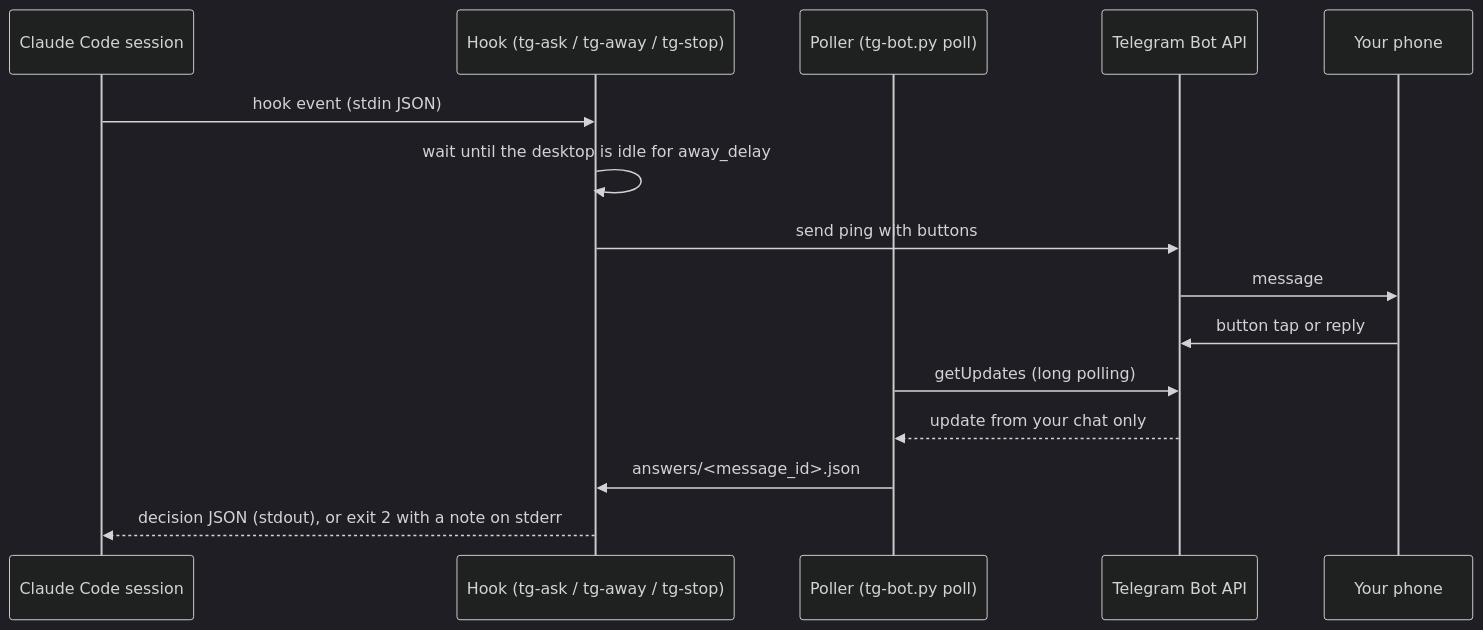
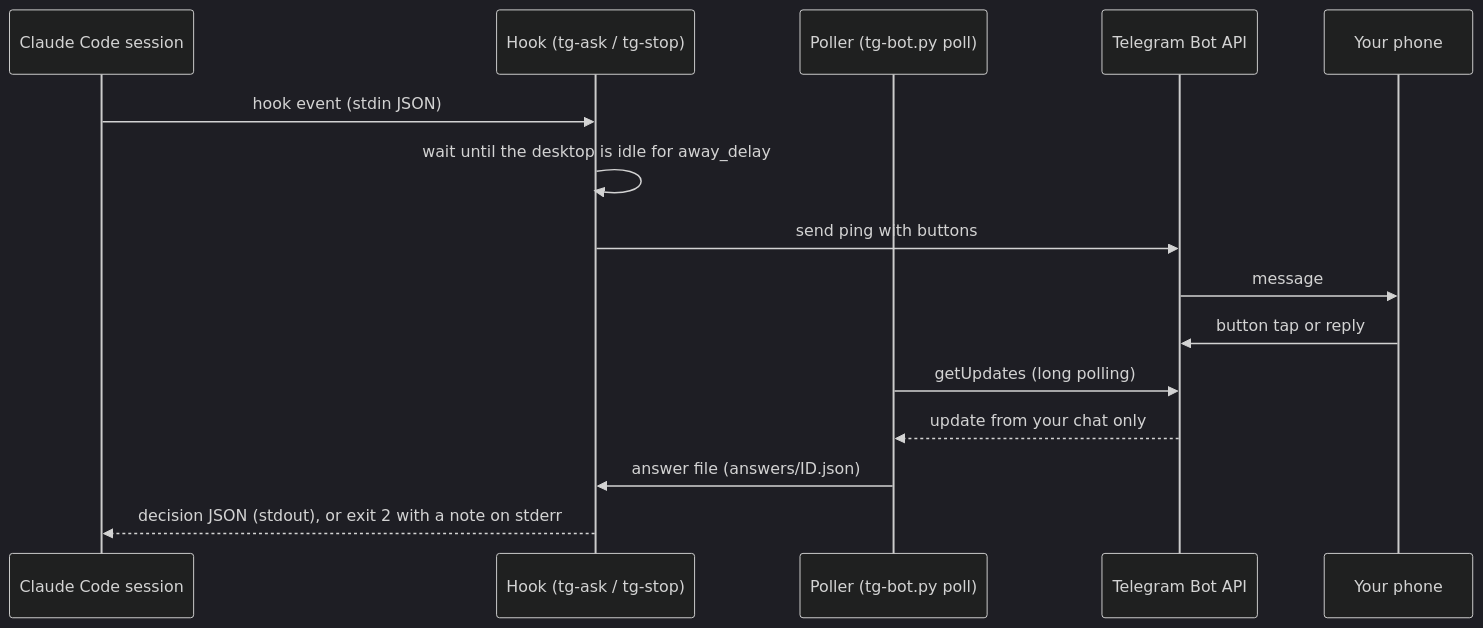
Before and after one commit to hlebtkachenko/claude-telegram-hook: the diagram in README.md, drawn with Mermaid (dark theme). The commit also changed other lines of this file, not shown here.

Commit message:
docs: mermaid labels without angle brackets; neutral comparison wording

````diff
--- a/README.md
+++ b/README.md
@@ -76,17 +76,17 @@
 ```mermaid
 sequenceDiagram
     participant S as Claude Code session
-    participant H as Hook (tg-ask / tg-away / tg-stop)
+    participant H as Hook (tg-ask / tg-stop)
     participant P as Poller (tg-bot.py poll)
     participant T as Telegram Bot API
     participant U as Your phone
     S->>H: hook event (stdin JSON)
     H->>H: wait until the desktop is idle for away_delay
     H->>T: send ping with buttons
     T->>U: message
     U->>T: button tap or reply
     P->>T: getUpdates (long polling)
     T-->>P: update from your chat only
-    P->>H: answers/<message_id>.json
+    P->>H: answer file (answers/ID.json)
     H-->>S: decision JSON (stdout), or exit 2 with a note on stderr
 ```
````
